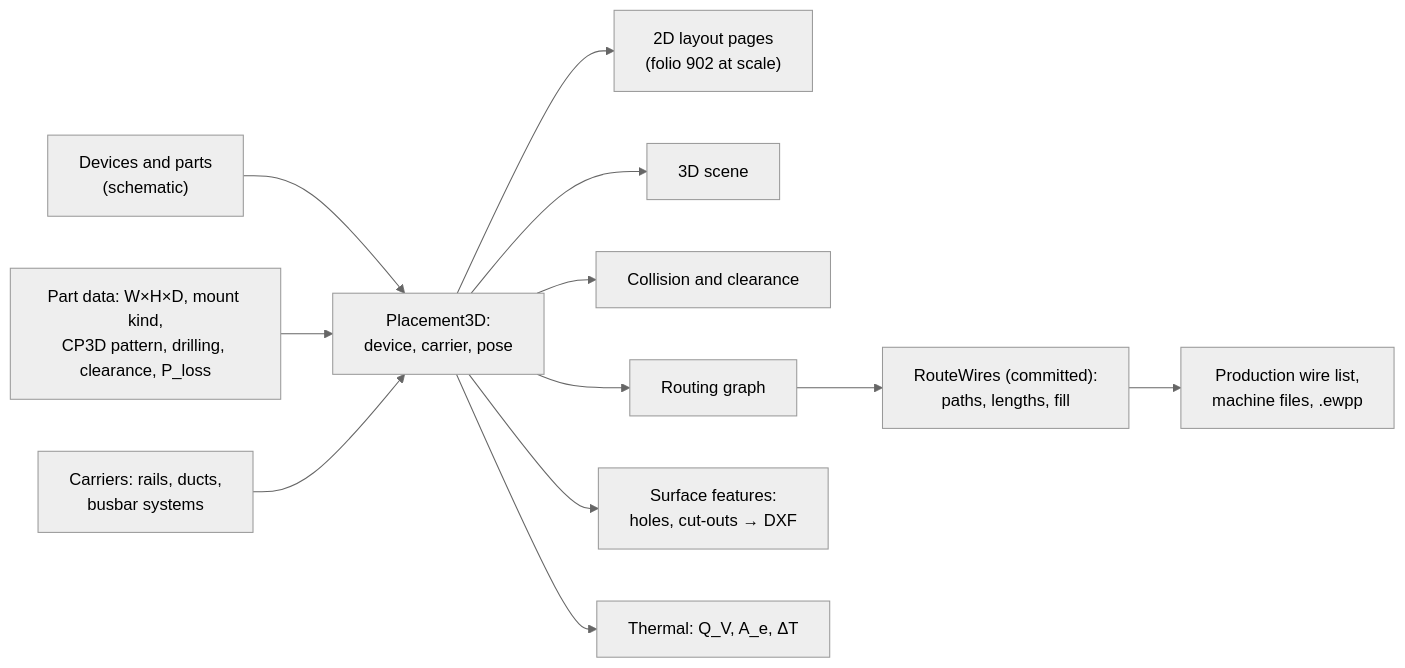
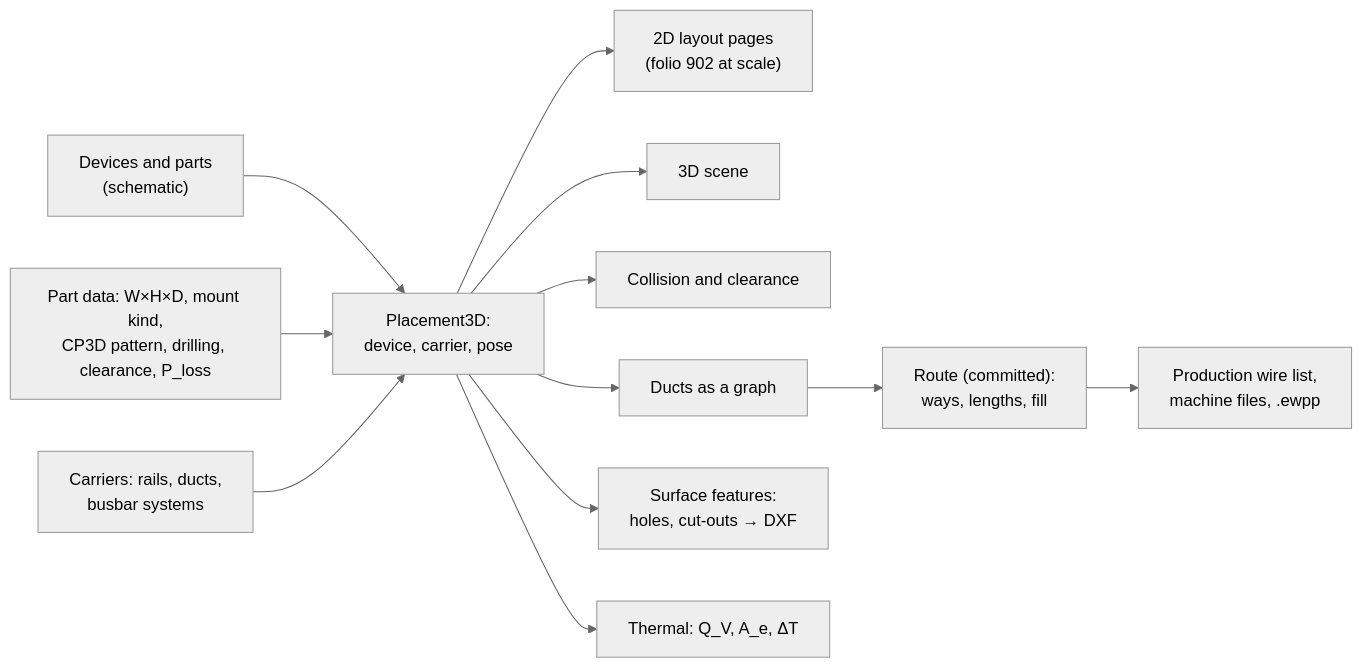
The second of 3 diagrams in docs/design/02b-requirements-extended.md (Ironkode787/ElektraWatt), drawn with Mermaid (neutral theme) before and after one commit. The commit also changed other lines of this file and 11 other files, not shown here.

````diff
--- a/docs/design/02b-requirements-extended.md
+++ b/docs/design/02b-requirements-extended.md
@@ -289,13 +290,13 @@
 ```mermaid
 flowchart LR
   DEV["Devices and parts<br/>(schematic)"] --> PL["Placement3D:<br/>device, carrier, pose"]
   PART["Part data: W×H×D, mount kind,<br/>CP3D pattern, drilling, clearance, P_loss"] --> PL
   CAR["Carriers: rails, ducts,<br/>busbar systems"] --> PL
   PL --> P2D["2D layout pages<br/>(folio 902 at scale)"]
   PL --> S3D["3D scene"]
   PL --> CC["Collision and clearance"]
-  PL --> RG["Routing graph"] --> RW["RouteWires (committed):<br/>paths, lengths, fill"]
+  PL --> RG["Ducts as a graph"] --> RW["Route (committed):<br/>ways, lengths, fill"]
   RW --> WL["Production wire list,<br/>machine files, .ewpp"]
   PL --> DR["Surface features:<br/>holes, cut-outs → DXF"]
   PL --> TH["Thermal: Q_V, A_e, ΔT"]
 ```
````
